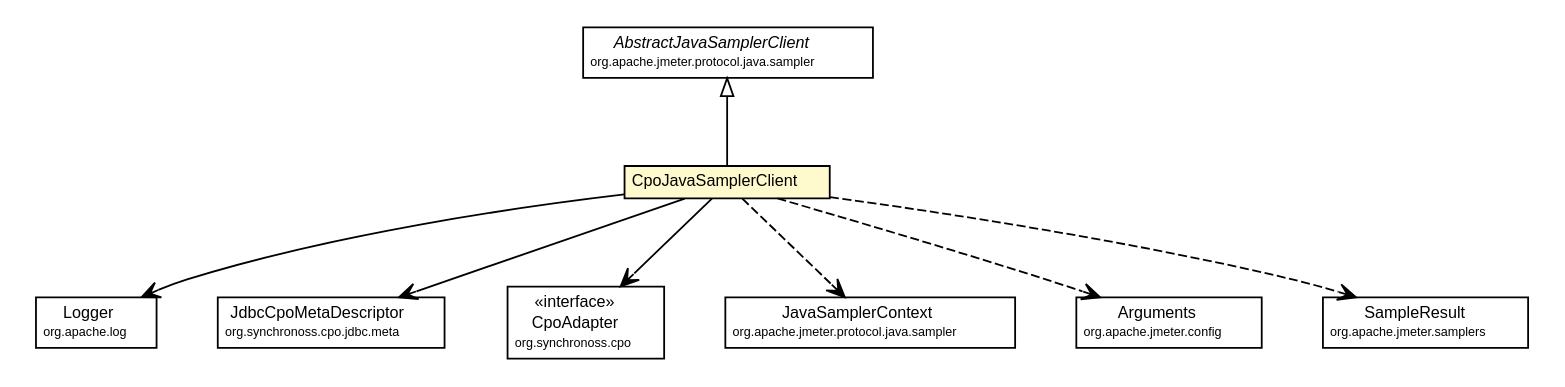
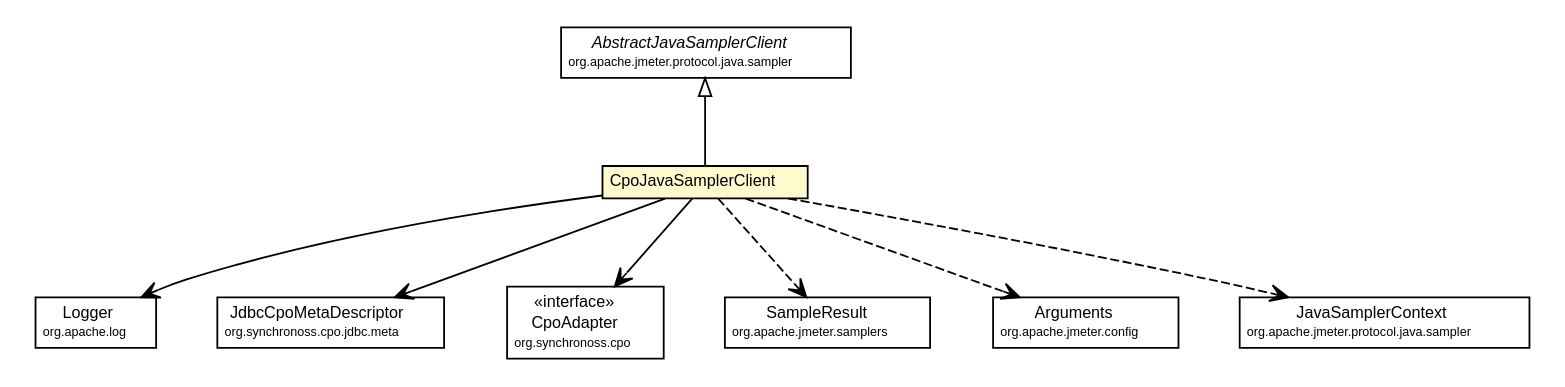
Before and after one commit to synchronoss/cpo-api: the diagram in site/testapidocs/org/synchronoss/cpo/jdbc/jmeter/CpoJavaSamplerClient.dot, drawn with Graphviz. The commit also changed 874 other files, not shown here.

```diff
--- a/site/testapidocs/org/synchronoss/cpo/jdbc/jmeter/CpoJavaSamplerClient.dot
+++ b/site/testapidocs/org/synchronoss/cpo/jdbc/jmeter/CpoJavaSamplerClient.dot
@@ -1,80 +1,80 @@
 #!/usr/local/bin/dot
 #
 # Class diagram 
 # Generated by UmlGraph version 4.6 (http://www.spinellis.gr/sw/umlgraph)
 #
 
 digraph G {
 	edge [fontname="Helvetica",fontsize=10,labelfontname="Helvetica",labelfontsize=10];
 	node [fontname="Helvetica",fontsize=10,shape=plaintext];
 	// org.synchronoss.cpo.jdbc.jmeter.CpoJavaSamplerClient
 	c2114 [label=<<table border="0" cellborder="1" cellspacing="0" cellpadding="2" port="p" bgcolor="lemonChiffon" href="./CpoJavaSamplerClient.html">
 		<tr><td><table border="0" cellspacing="0" cellpadding="1">
 			<tr><td> CpoJavaSamplerClient </td></tr>
 		</table></td></tr>
 		</table>>, fontname="Helvetica", fontcolor="black", fontsize=9.0];
 	//org.synchronoss.cpo.jdbc.jmeter.CpoJavaSamplerClient extends org.apache.jmeter.protocol.java.sampler.AbstractJavaSamplerClient
 	c2135:p -> c2114:p [dir=back,arrowtail=empty];
 	// org.synchronoss.cpo.jdbc.jmeter.CpoJavaSamplerClient NAVASSOC org.apache.log.Logger
 	c2114:p -> c2141:p [taillabel="", label="", headlabel="", fontname="Helvetica", fontcolor="black", fontsize=10.0, color="black", arrowhead=open];
 	// org.synchronoss.cpo.jdbc.jmeter.CpoJavaSamplerClient NAVASSOC org.synchronoss.cpo.jdbc.meta.JdbcCpoMetaDescriptor
 	c2114:p -> c2142:p [taillabel="", label="", headlabel="", fontname="Helvetica", fontcolor="black", fontsize=10.0, color="black", arrowhead=open];
 	// org.synchronoss.cpo.jdbc.jmeter.CpoJavaSamplerClient NAVASSOC org.synchronoss.cpo.CpoAdapter
 	c2114:p -> c2143:p [taillabel="", label="", headlabel="", fontname="Helvetica", fontcolor="black", fontsize=10.0, color="black", arrowhead=open];
+	// org.synchronoss.cpo.jdbc.jmeter.CpoJavaSamplerClient DEPEND org.apache.jmeter.samplers.SampleResult
+	c2114:p -> c2147:p [taillabel="", label="", headlabel="", fontname="Helvetica", fontcolor="black", fontsize=10.0, color="black", arrowhead=open, style=dashed];
+	// org.synchronoss.cpo.jdbc.jmeter.CpoJavaSamplerClient DEPEND org.apache.jmeter.config.Arguments
+	c2114:p -> c2151:p [taillabel="", label="", headlabel="", fontname="Helvetica", fontcolor="black", fontsize=10.0, color="black", arrowhead=open, style=dashed];
 	// org.synchronoss.cpo.jdbc.jmeter.CpoJavaSamplerClient DEPEND org.apache.jmeter.protocol.java.sampler.JavaSamplerContext
-	c2114:p -> c2145:p [taillabel="", label="", headlabel="", fontname="Helvetica", fontcolor="black", fontsize=10.0, color="black", arrowhead=open, style=dashed];
-	// org.synchronoss.cpo.jdbc.jmeter.CpoJavaSamplerClient DEPEND org.apache.jmeter.config.Arguments
-	c2114:p -> c2149:p [taillabel="", label="", headlabel="", fontname="Helvetica", fontcolor="black", fontsize=10.0, color="black", arrowhead=open, style=dashed];
-	// org.synchronoss.cpo.jdbc.jmeter.CpoJavaSamplerClient DEPEND org.apache.jmeter.samplers.SampleResult
 	c2114:p -> c2153:p [taillabel="", label="", headlabel="", fontname="Helvetica", fontcolor="black", fontsize=10.0, color="black", arrowhead=open, style=dashed];
 	// org.apache.jmeter.config.Arguments
-	c2149 [label=<<table border="0" cellborder="1" cellspacing="0" cellpadding="2" port="p" href="http://java.sun.com/j2se/1.4.2/docs/api/org/apache/jmeter/config/Arguments.html">
+	c2151 [label=<<table border="0" cellborder="1" cellspacing="0" cellpadding="2" port="p" href="http://java.sun.com/j2se/1.4.2/docs/api/org/apache/jmeter/config/Arguments.html">
 		<tr><td><table border="0" cellspacing="0" cellpadding="1">
 			<tr><td> Arguments </td></tr>
 			<tr><td><font point-size="7.0"> org.apache.jmeter.config </font></td></tr>
 		</table></td></tr>
 		</table>>, fontname="Helvetica", fontcolor="black", fontsize=9.0];
 	// org.apache.jmeter.protocol.java.sampler.AbstractJavaSamplerClient
 	c2135 [label=<<table border="0" cellborder="1" cellspacing="0" cellpadding="2" port="p" href="http://java.sun.com/j2se/1.4.2/docs/api/org/apache/jmeter/protocol/java/sampler/AbstractJavaSamplerClient.html">
 		<tr><td><table border="0" cellspacing="0" cellpadding="1">
 			<tr><td><font face="Helvetica-Oblique"> AbstractJavaSamplerClient </font></td></tr>
 			<tr><td><font point-size="7.0"> org.apache.jmeter.protocol.java.sampler </font></td></tr>
 		</table></td></tr>
 		</table>>, fontname="Helvetica", fontcolor="black", fontsize=9.0];
 	// org.apache.jmeter.protocol.java.sampler.JavaSamplerContext
-	c2145 [label=<<table border="0" cellborder="1" cellspacing="0" cellpadding="2" port="p" href="http://java.sun.com/j2se/1.4.2/docs/api/org/apache/jmeter/protocol/java/sampler/JavaSamplerContext.html">
+	c2153 [label=<<table border="0" cellborder="1" cellspacing="0" cellpadding="2" port="p" href="http://java.sun.com/j2se/1.4.2/docs/api/org/apache/jmeter/protocol/java/sampler/JavaSamplerContext.html">
 		<tr><td><table border="0" cellspacing="0" cellpadding="1">
 			<tr><td> JavaSamplerContext </td></tr>
 			<tr><td><font point-size="7.0"> org.apache.jmeter.protocol.java.sampler </font></td></tr>
 		</table></td></tr>
 		</table>>, fontname="Helvetica", fontcolor="black", fontsize=9.0];
 	// org.apache.log.Logger
 	c2141 [label=<<table border="0" cellborder="1" cellspacing="0" cellpadding="2" port="p" href="http://java.sun.com/j2se/1.4.2/docs/api/org/apache/log/Logger.html">
 		<tr><td><table border="0" cellspacing="0" cellpadding="1">
 			<tr><td> Logger </td></tr>
 			<tr><td><font point-size="7.0"> org.apache.log </font></td></tr>
 		</table></td></tr>
 		</table>>, fontname="Helvetica", fontcolor="black", fontsize=9.0];
 	// org.synchronoss.cpo.CpoAdapter
 	c2143 [label=<<table border="0" cellborder="1" cellspacing="0" cellpadding="2" port="p" href="http://java.sun.com/j2se/1.4.2/docs/api/org/synchronoss/cpo/CpoAdapter.html">
 		<tr><td><table border="0" cellspacing="0" cellpadding="1">
 			<tr><td> &laquo;interface&raquo; </td></tr>
 			<tr><td> CpoAdapter </td></tr>
 			<tr><td><font point-size="7.0"> org.synchronoss.cpo </font></td></tr>
 		</table></td></tr>
 		</table>>, fontname="Helvetica", fontcolor="black", fontsize=9.0];
 	// org.synchronoss.cpo.jdbc.meta.JdbcCpoMetaDescriptor
 	c2142 [label=<<table border="0" cellborder="1" cellspacing="0" cellpadding="2" port="p" href="http://java.sun.com/j2se/1.4.2/docs/api/org/synchronoss/cpo/jdbc/meta/JdbcCpoMetaDescriptor.html">
 		<tr><td><table border="0" cellspacing="0" cellpadding="1">
 			<tr><td> JdbcCpoMetaDescriptor </td></tr>
 			<tr><td><font point-size="7.0"> org.synchronoss.cpo.jdbc.meta </font></td></tr>
 		</table></td></tr>
 		</table>>, fontname="Helvetica", fontcolor="black", fontsize=9.0];
 	// org.apache.jmeter.samplers.SampleResult
-	c2153 [label=<<table border="0" cellborder="1" cellspacing="0" cellpadding="2" port="p" href="http://java.sun.com/j2se/1.4.2/docs/api/org/apache/jmeter/samplers/SampleResult.html">
+	c2147 [label=<<table border="0" cellborder="1" cellspacing="0" cellpadding="2" port="p" href="http://java.sun.com/j2se/1.4.2/docs/api/org/apache/jmeter/samplers/SampleResult.html">
 		<tr><td><table border="0" cellspacing="0" cellpadding="1">
 			<tr><td> SampleResult </td></tr>
 			<tr><td><font point-size="7.0"> org.apache.jmeter.samplers </font></td></tr>
 		</table></td></tr>
 		</table>>, fontname="Helvetica", fontcolor="black", fontsize=9.0];
 }
```
